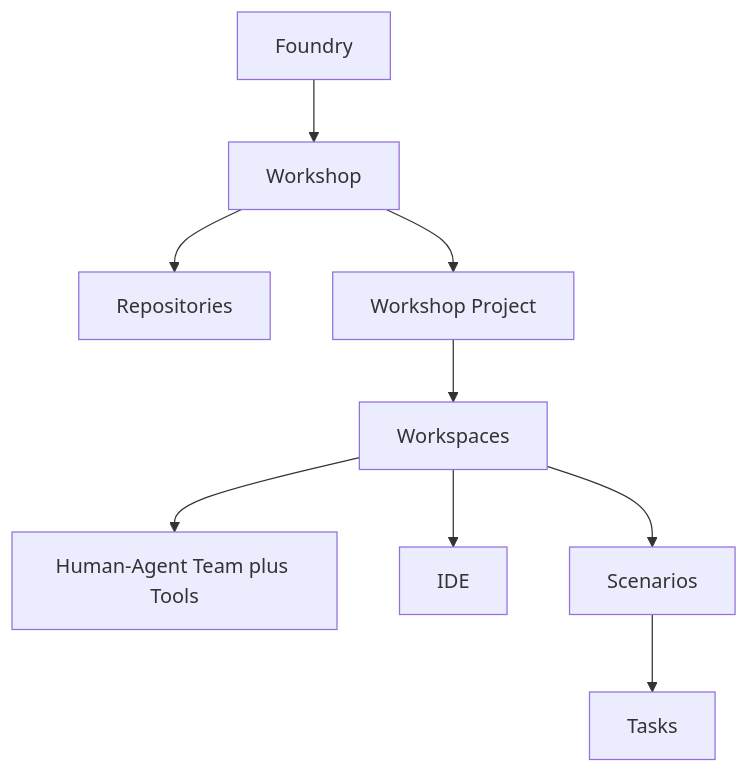
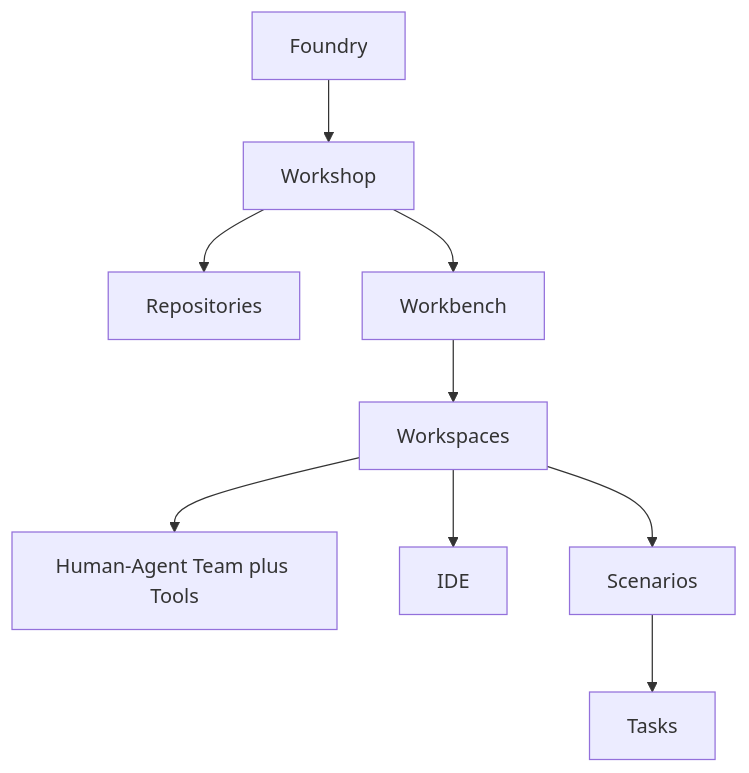
Before and after one commit to gramki/temp-website: the diagram in foundry/ace/concepts.md, drawn with Mermaid. The commit also changed other lines of this file and 20 other files, not shown here.

````diff
--- a/foundry/ace/concepts.md
+++ b/foundry/ace/concepts.md
@@ -7,12 +7,12 @@
 ```mermaid
 graph TD
   Foundry[Foundry]
   Foundry --> Workshop[Workshop]
   Workshop --> Repos[Repositories]
-  Workshop --> Project[Workshop Project]
-  Project --> Workspace[Workspaces]
+  Workshop --> Workbench[Workbench]
+  Workbench --> Workspace[Workspaces]
   Workspace --> Team[Human-Agent Team plus Tools]
   Workspace --> IDE[IDE]
   Workspace --> Scenarios[Scenarios]
   Scenarios --> Tasks[Tasks]
 ```
````
